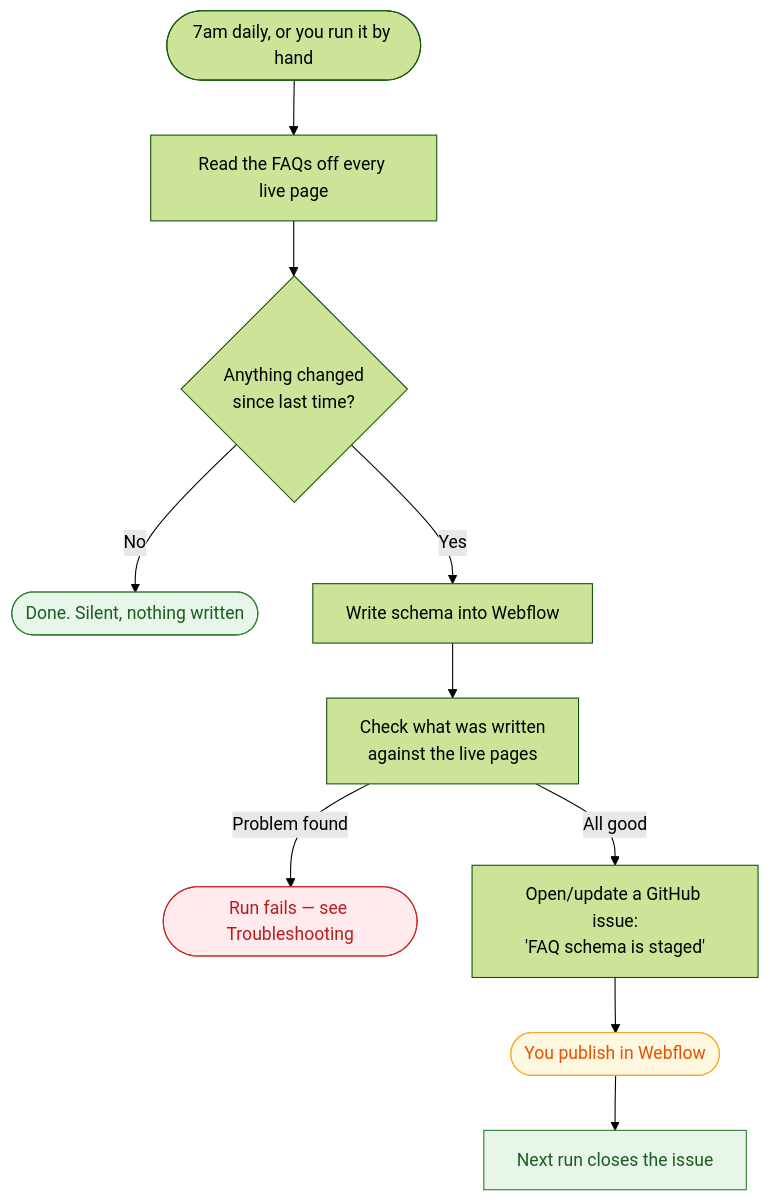
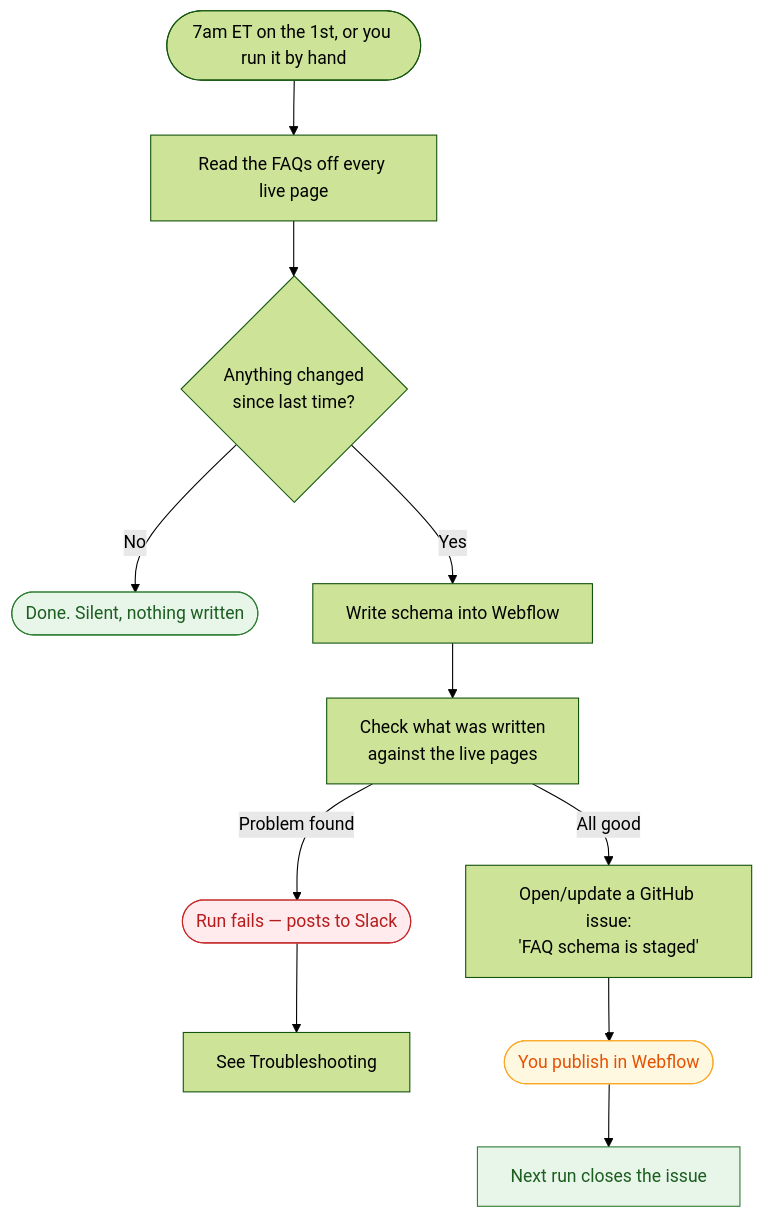
One commit to makaiharris-prompt/prompthealth-schema-sync changed the diagram in RUNBOOK.md. Above: the diagram before and after it, drawn with Mermaid (forest theme). The commit also changed other lines of this file and 2 other files, not shown here.

````diff
--- a/RUNBOOK.md
+++ b/RUNBOOK.md
@@ -16,17 +16,18 @@
 ```mermaid
 flowchart TD
-    A([7am daily, or you run it by hand]) --> B[Read the FAQs off every live page]
+    A([7am ET on the 1st, or you run it by hand]) --> B[Read the FAQs off every live page]
     B --> C{Anything changed<br/>since last time?}
     C -->|No| D([Done. Silent, nothing written])
     C -->|Yes| E[Write schema into Webflow]
     E --> F[Check what was written<br/>against the live pages]
-    F -->|Problem found| G([Run fails — see Troubleshooting])
+    F -->|Problem found| G([Run fails — posts to Slack])
+    G --> K[See Troubleshooting]
     F -->|All good| H[Open/update a GitHub issue:<br/>'FAQ schema is staged']
     H --> I([You publish in Webflow])
     I --> J[Next run closes the issue]
 
     style D fill:#e8f5e9,stroke:#2e7d32,color:#1b5e20
     style G fill:#ffebee,stroke:#c62828,color:#b71c1c
     style I fill:#fff8e1,stroke:#f9a825,color:#e65100
     style J fill:#e8f5e9,stroke:#2e7d32,color:#1b5e20
 ```
````
